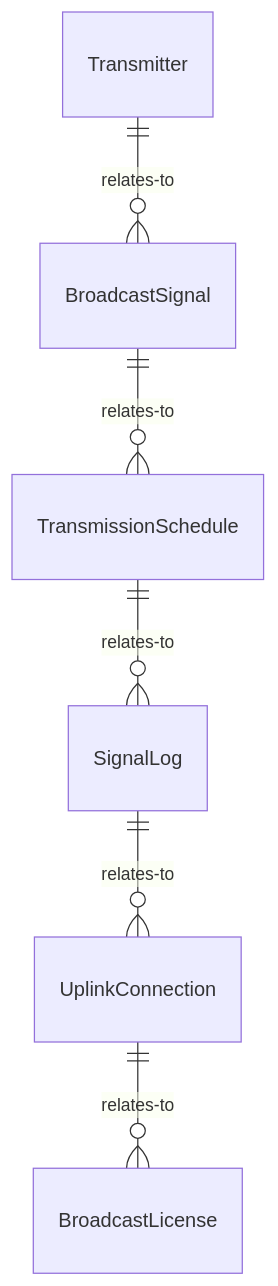
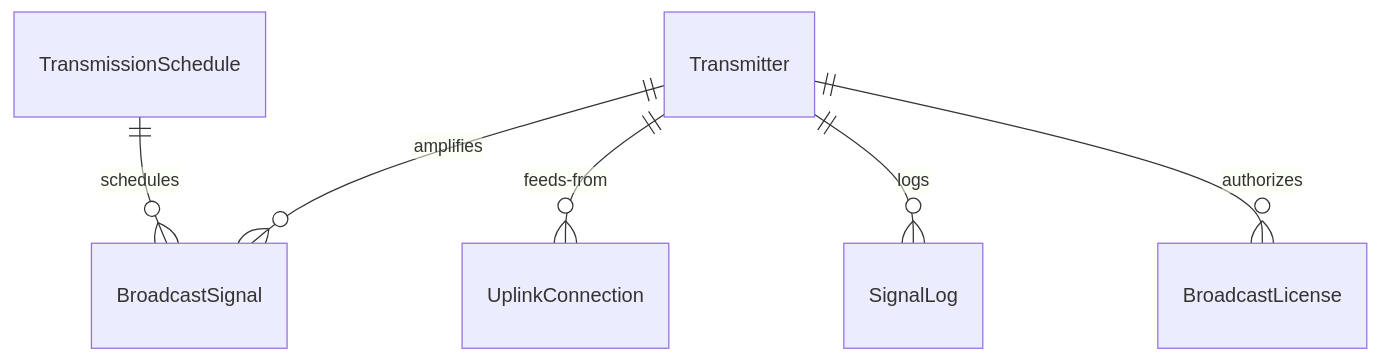
One commit to dot-org-ai/tasks.org.ai changed the first of 4 diagrams in ControllingMachinesAndProcesses/OperateCommunicationsEquipmentOrSystems/OperateCommunicationsTransmissionsBroadcastingEqui.mdx. Above: the diagram before and after it, drawn with Mermaid. The commit also changed other lines of this file and 515 other files, not shown here.

````diff
--- a/ControllingMachinesAndProcesses/OperateCommunicationsEquipmentOrSystems/OperateCommunicationsTransmissionsBroadcastingEqui.mdx
+++ b/ControllingMachinesAndProcesses/OperateCommunicationsEquipmentOrSystems/OperateCommunicationsTransmissionsBroadcastingEqui.mdx
@@ -87,8 +87,8 @@
 ```mermaid
 erDiagram
-    Transmitter ||--o{ BroadcastSignal : relates-to
-    BroadcastSignal ||--o{ TransmissionSchedule : relates-to
-    TransmissionSchedule ||--o{ SignalLog : relates-to
-    SignalLog ||--o{ UplinkConnection : relates-to
-    UplinkConnection ||--o{ BroadcastLicense : relates-to
+    Transmitter ||--o{ BroadcastSignal : amplifies
+    Transmitter ||--o{ UplinkConnection : feeds-from
+    TransmissionSchedule ||--o{ BroadcastSignal : schedules
+    Transmitter ||--o{ SignalLog : logs
+    Transmitter ||--o{ BroadcastLicense : authorizes
 ```
````
